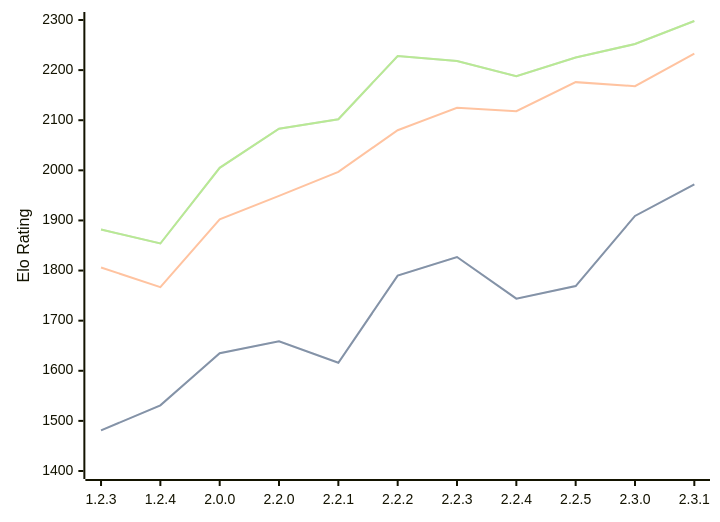
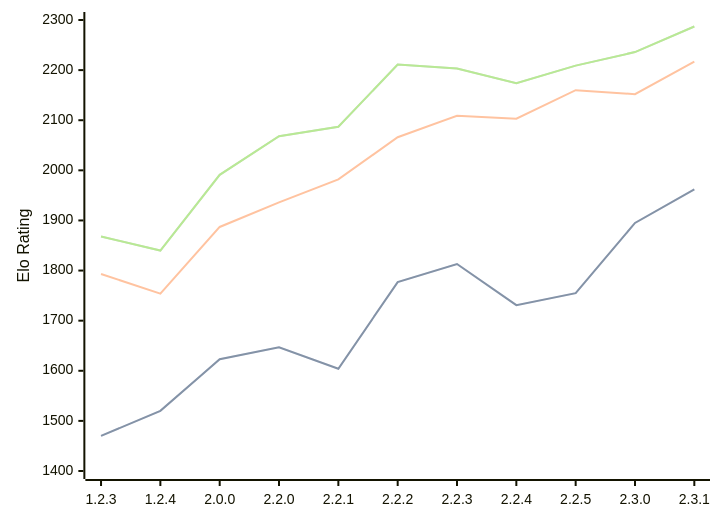
The diagram in engines/Kreveta.md (computer-chess-index/cci), drawn with Mermaid before and after one commit. The commit also changed other lines of this file, not shown here.

Commit message:
Update CCI Ratings (ELO VLTC) - 2026-05-20

````diff
--- a/engines/Kreveta.md
+++ b/engines/Kreveta.md
@@ -43,11 +43,11 @@
 ```mermaid
 %%{init: {"theme":"base","themeVariables":{"seriesColors:['#a3a3a3','#222221','#faa371']}}}%%
 xychart-beta
   x-axis ["1.2.3", "1.2.4", "2.0.0", "2.2.0", "2.2.1", "2.2.2", "2.2.3", "2.2.4", "2.2.5", "2.3.0", "2.3.1"]
   y-axis "Elo Rating" 1400 --> 2300
-  line "STC (8.0+0.08s)" [1481, 1531, 1635, 1659, 1616, 1790, 1827, 1744, 1769, 1909, 1972]
-  line "STC (8.0+0.08s)" [1481, 1531, 1635, 1659, 1616, 1790, 1827, 1744, 1769, 1909, 1972]
-  line "LTC (60.0+0.60s)" [1806, 1767, 1902, 1949, 1997, 2080, 2125, 2118, 2176, 2168, 2233]
-  line "VLTC (2m24s+1.12s)" [1882, 1854, 2005, 2083, 2102, 2228, 2218, 2188, 2225, 2252, 2298]
-  line "VLTC (2m24s+1.12s)" [1882, 1854, 2005, 2083, 2102, 2228, 2218, 2188, 2225, 2252, 2298]
+  line "STC (8.0+0.08s)" [1470, 1520, 1623, 1647, 1604, 1777, 1813, 1731, 1755, 1895, 1962]
+  line "STC (8.0+0.08s)" [1470, 1520, 1623, 1647, 1604, 1777, 1813, 1731, 1755, 1895, 1962]
+  line "LTC (60.0+0.60s)" [1793, 1754, 1887, 1936, 1982, 2066, 2109, 2103, 2160, 2152, 2217]
+  line "VLTC (2m24s+1.12s)" [1868, 1840, 1991, 2068, 2087, 2211, 2203, 2174, 2209, 2236, 2287]
+  line "VLTC (2m24s+1.12s)" [1868, 1840, 1991, 2068, 2087, 2211, 2203, 2174, 2209, 2236, 2287]
 ```
````
